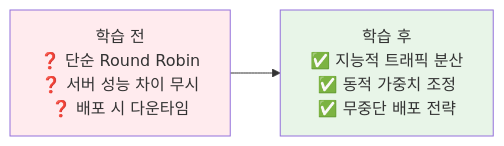
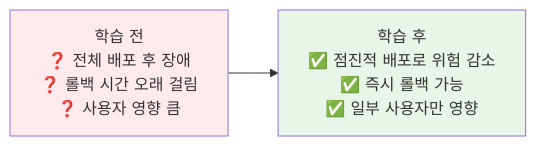
Before and after one commit to niceguy61/kdt_devops_lecture_2025: the first of 5 diagrams in theory/week_04/day2/session_3.md, drawn with Mermaid. The commit also changed other lines of this file and 2 other files, not shown here.

````diff
--- a/theory/week_04/day2/session_3.md
+++ b/theory/week_04/day2/session_3.md
@@ -34,7 +34,7 @@
 ```mermaid
 graph LR
-    A[학습 전<br/>❓ 단순 Round Robin<br/>❓ 서버 성능 차이 무시<br/>❓ 배포 시 다운타임] --> B[학습 후<br/>✅ 지능적 트래픽 분산<br/>✅ 동적 가중치 조정<br/>✅ 무중단 배포 전략]
+    A[학습 전<br/>❓ 전체 배포 후 장애<br/>❓ 롤백 시간 오래 걸림<br/>❓ 사용자 영향 큼] --> B[학습 후<br/>✅ 점진적 배포로 위험 감소<br/>✅ 즉시 롤백 가능<br/>✅ 일부 사용자만 영향]
     
     style A fill:#ffebee
     style B fill:#e8f5e8
 ```
````
